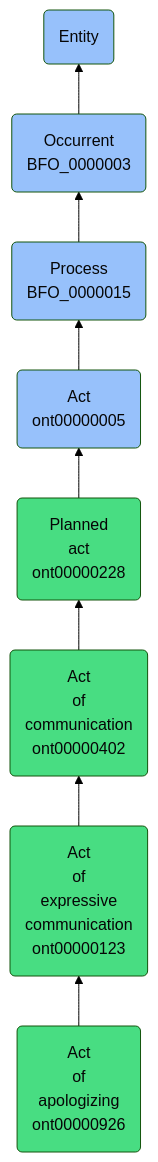
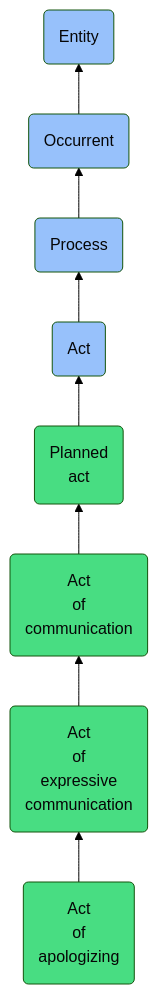
One commit to jupyter-naas/abi changed the diagram in docs/ontology/reference/model/Entity/Occurrent/Process/Act/Planned act/Act of communication/Act of expressive communication/Act of apologizing/Act of apologizing.md. Above: the diagram before and after it, drawn with Mermaid (forest theme). The commit also changed other lines of this file and 1430 other files, not shown here.

````diff
--- a/docs/ontology/reference/model/Entity/Occurrent/Process/Act/Planned act/Act of communication/Act of expressive communication/Act of apologizing/Act of apologizing.md
+++ b/docs/ontology/reference/model/Entity/Occurrent/Process/Act/Planned act/Act of communication/Act of expressive communication/Act of apologizing/Act of apologizing.md
@@ -24,15 +24,15 @@
 ```mermaid
 graph BT
-    ont00000926(Act<br>of<br>apologizing<br>ont00000926):::ABI-->ont00000123
-    ont00000123(Act<br>of<br>expressive<br>communication<br>ont00000123):::ABI-->ont00000402
-    ont00000402(Act<br>of<br>communication<br>ont00000402):::ABI-->ont00000228
-    ont00000228(Planned<br>act<br>ont00000228):::ABI-->ont00000005
-    ont00000005(Act<br>ont00000005):::BFO-->BFO_0000015
-    BFO_0000015(Process<br>BFO_0000015):::BFO-->BFO_0000003
-    BFO_0000003(Occurrent<br>BFO_0000003):::BFO-->BFO_0000001
+    ont00000926(Act<br>of<br>apologizing):::ABI-->ont00000123
+    ont00000123(Act<br>of<br>expressive<br>communication):::ABI-->ont00000402
+    ont00000402(Act<br>of<br>communication):::ABI-->ont00000228
+    ont00000228(Planned<br>act):::ABI-->ont00000005
+    ont00000005(Act):::BFO-->BFO_0000015
+    BFO_0000015(Process):::BFO-->BFO_0000003
+    BFO_0000003(Occurrent):::BFO-->BFO_0000001
     BFO_0000001(Entity):::BFO
     
     classDef BFO fill:#97c1fb,color:#060606
     classDef CCO fill:#e4c51e,color:#060606
     classDef ABI fill:#48DD82,color:#060606
 ```
````
